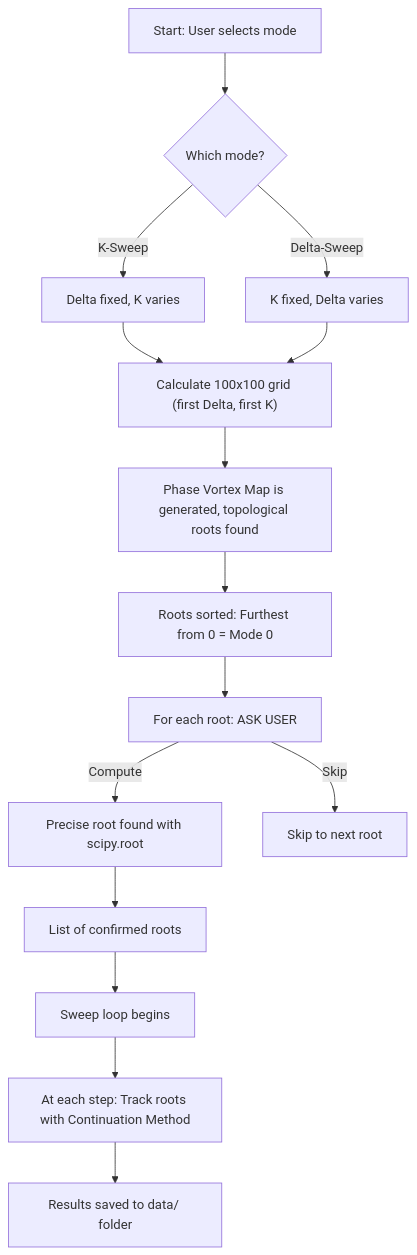
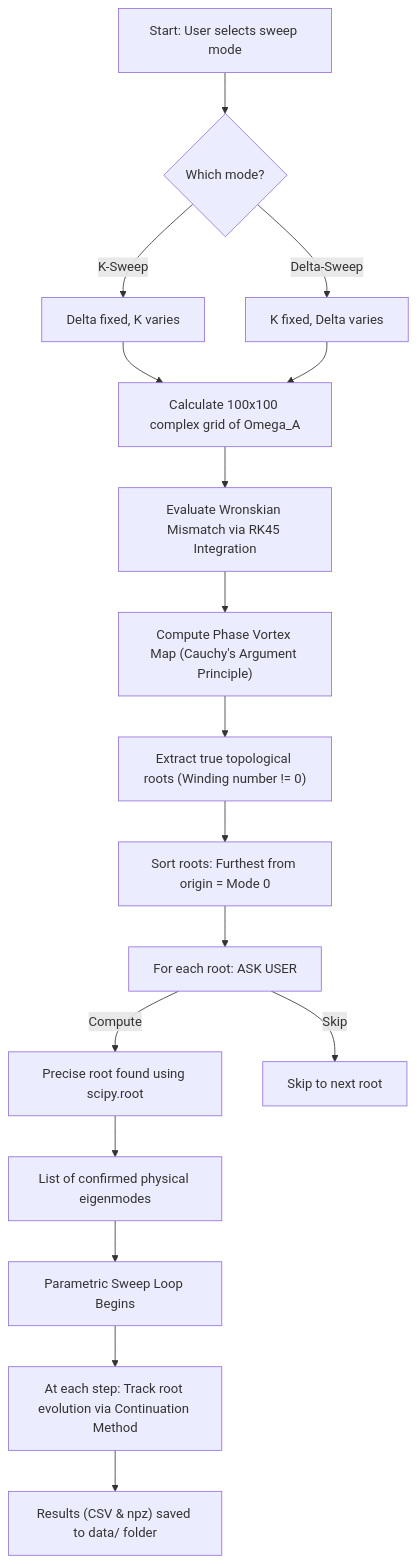
The diagram in README.md (jannatsamadov/BvP-solution-for-ODE), drawn with Mermaid before and after one commit. The commit also changed other lines of this file and 1 other file, not shown here.

Commit message:
Final cleanup, format formulas, and updated README flowchart

````diff
--- a/README.md
+++ b/README.md
@@ -112,17 +58,19 @@
 ```mermaid
 flowchart TD
-    A["Start: User selects mode"] --> B{"Which mode?"}
+    A["Start: User selects sweep mode"] --> B{"Which mode?"}
     B -->|"K-Sweep"| C["Delta fixed, K varies"]
     B -->|"Delta-Sweep"| D["K fixed, Delta varies"]
-    C --> E["Calculate 100x100 grid (first Delta, first K)"]
+    C --> E["Calculate 100x100 complex grid of Omega_A"]
     D --> E
-    E --> F["Phase Vortex Map is generated, topological roots found"]
-    F --> G["Roots sorted: Furthest from 0 = Mode 0"]
-    G --> H["For each root: ASK USER"]
-    H -->|"Compute"| I["Precise root found with scipy.root"]
-    H -->|"Skip"| J["Skip to next root"]
-    I --> K["List of confirmed roots"]
-    K --> L["Sweep loop begins"]
-    L --> M["At each step: Track roots with Continuation Method"]
-    M --> N["Results saved to data/ folder"]
+    E --> F["Evaluate Wronskian Mismatch via RK45 Integration"]
+    F --> G["Compute Phase Vortex Map (Cauchy's Argument Principle)"]
+    G --> H["Extract true topological roots (Winding number != 0)"]
+    H --> I["Sort roots: Furthest from origin = Mode 0"]
+    I --> J["For each root: ASK USER"]
+    J -->|"Compute"| K["Precise root found using scipy.root"]
+    J -->|"Skip"| L["Skip to next root"]
+    K --> M["List of confirmed physical eigenmodes"]
+    M --> N["Parametric Sweep Loop Begins"]
+    N --> O["At each step: Track root evolution via Continuation Method"]
+    O --> P["Results (CSV & npz) saved to data/ folder"]
 ```
````
